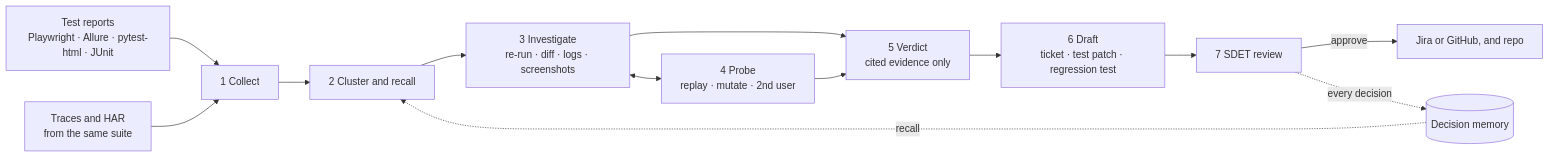
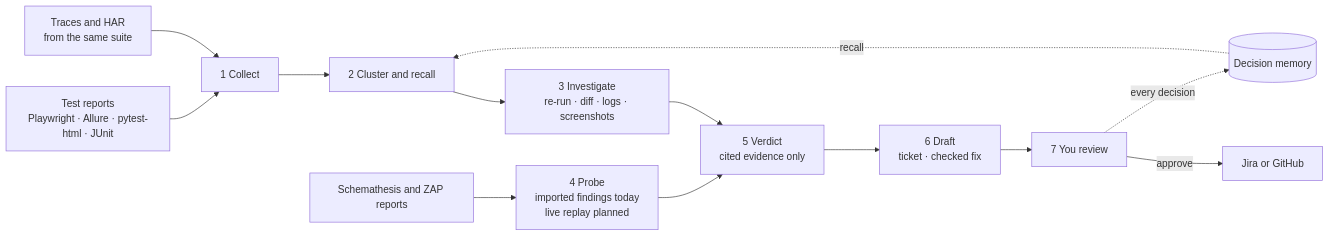
Before and after one commit to sbaqa/tessella: the first of 6 diagrams in README.md, drawn with Mermaid. The commit also changed other lines of this file and 18 other files, not shown here.

Commit message:
README rebuilt with banner, GIF, screenshots and diagrams; Apache-2.0 licence; fixer retries after an edit that breaks the app

````diff
--- a/README.md
+++ b/README.md
@@ -120,15 +118,15 @@
 ```mermaid
 flowchart LR
   R["Test reports<br/>Playwright · Allure · pytest-html · JUnit"] --> C["1 Collect"]
   T["Traces and HAR<br/>from the same suite"] --> C
   C --> K["2 Cluster and recall"]
   M[("Decision memory")] -. recall .-> K
   K --> I["3 Investigate<br/>re-run · diff · logs · screenshots"]
-  I <--> P["4 Probe<br/>replay · mutate · 2nd user"]
+  S["Schemathesis and ZAP reports"] --> P["4 Probe<br/>imported findings today<br/>live replay planned"]
   I --> V["5 Verdict<br/>cited evidence only"]
   P --> V
-  V --> D["6 Draft<br/>ticket · test patch · regression test"]
-  D --> Q["7 SDET review"]
-  Q -->|approve| J["Jira or GitHub, and repo"]
+  V --> D["6 Draft<br/>ticket · checked fix"]
+  D --> Q["7 You review"]
+  Q -->|approve| J["Jira or GitHub"]
   Q -. every decision .-> M
 ```
````
